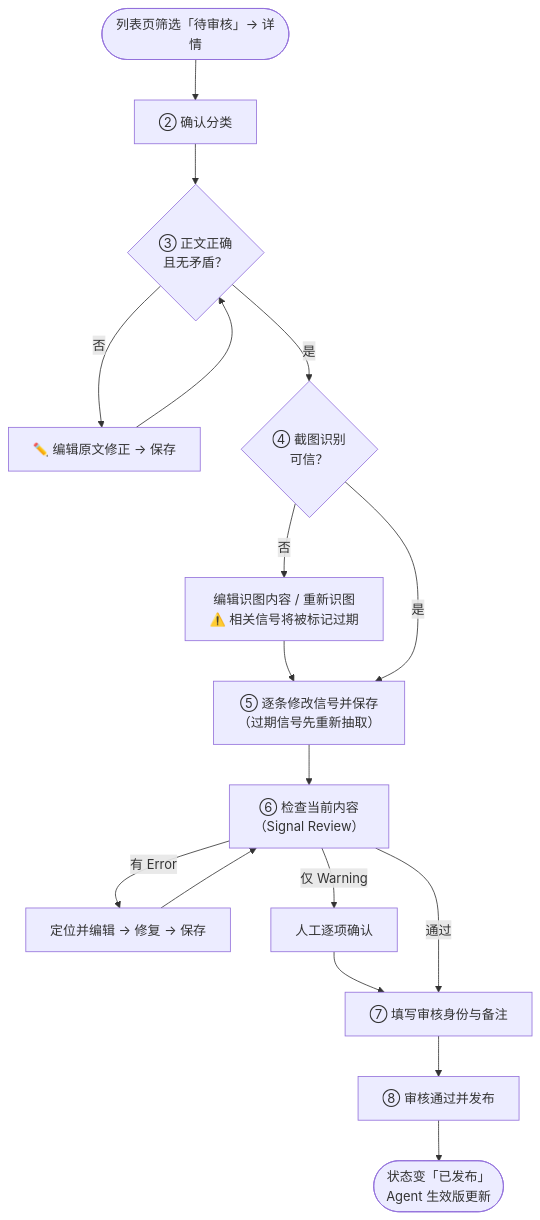
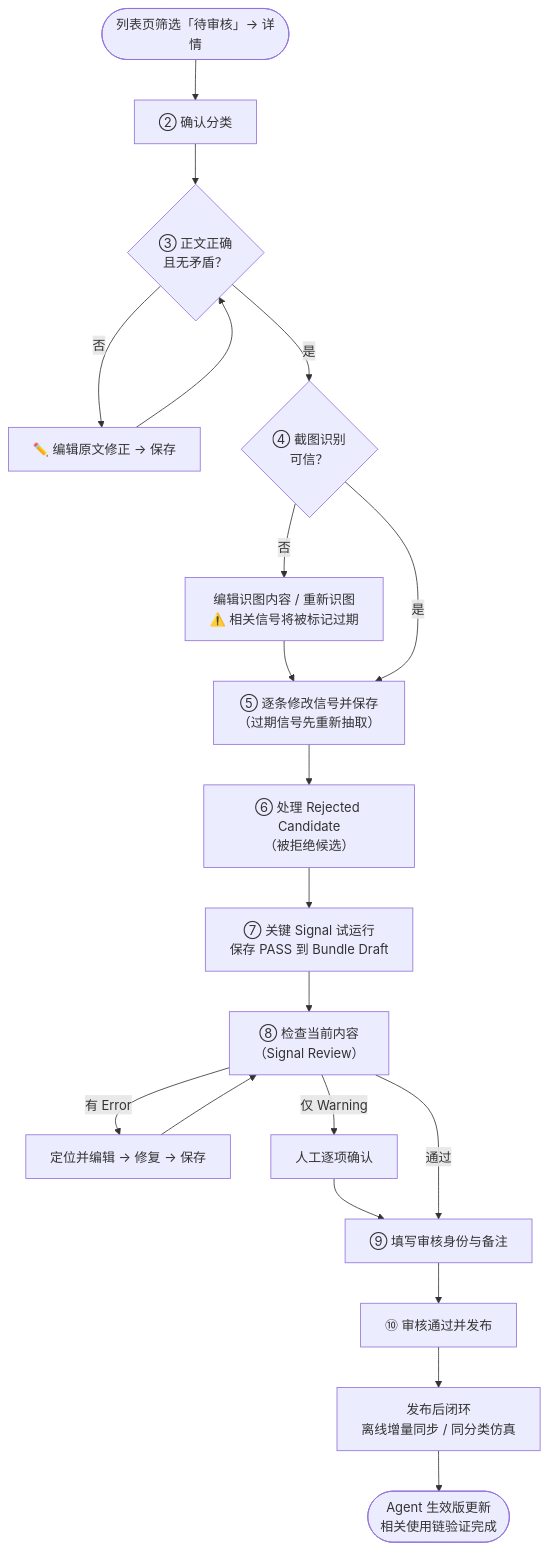
Before and after one commit to tomturing/hci-troubleshoot-platform: the third of 8 diagrams in docs/solution/agent/KBD审核发布操作指南.md, drawn with Mermaid. The commit also changed other lines of this file, not shown here.

````diff
--- a/docs/solution/agent/KBD审核发布操作指南.md
+++ b/docs/solution/agent/KBD审核发布操作指南.md
@@ -101,19 +115,22 @@
 ```mermaid
 flowchart TD
     Start(["列表页筛选「待审核」→ 详情"]) --> Cat["② 确认分类"]
     Cat --> Body{"③ 正文正确<br/>且无矛盾？"}
     Body -->|否| FixBody["✏️ 编辑原文修正 → 保存"]
     FixBody --> Body
     Body -->|是| Img{"④ 截图识别<br/>可信？"}
     Img -->|否| FixImg["编辑识图内容 / 重新识图<br/>⚠️ 相关信号将被标记过期"]
     FixImg --> Sig
     Img -->|是| Sig["⑤ 逐条修改信号并保存<br/>（过期信号先重新抽取）"]
-    Sig --> Check["⑥ 检查当前内容<br/>（Signal Review）"]
+    Sig --> Reject["⑥ 处理 Rejected Candidate<br/>（被拒绝候选）"]
+    Reject --> Dry["⑦ 关键 Signal 试运行<br/>保存 PASS 到 Bundle Draft"]
+    Dry --> Check["⑧ 检查当前内容<br/>（Signal Review）"]
     Check -->|"有 Error"| FixSig["定位并编辑 → 修复 → 保存"]
     FixSig --> Check
     Check -->|"仅 Warning"| Warn["人工逐项确认"]
     Warn --> Note
-    Check -->|通过| Note["⑦ 填写审核身份与备注"]
-    Note --> Pub["⑧ 审核通过并发布"]
-    Pub --> Done(["状态变「已发布」<br/>Agent 生效版更新"])
+    Check -->|通过| Note["⑨ 填写审核身份与备注"]
+    Note --> Pub["⑩ 审核通过并发布"]
+    Pub --> Post["发布后闭环<br/>离线增量同步 / 同分类仿真"]
+    Post --> Done(["Agent 生效版更新<br/>相关使用链验证完成"])
 ```
````
